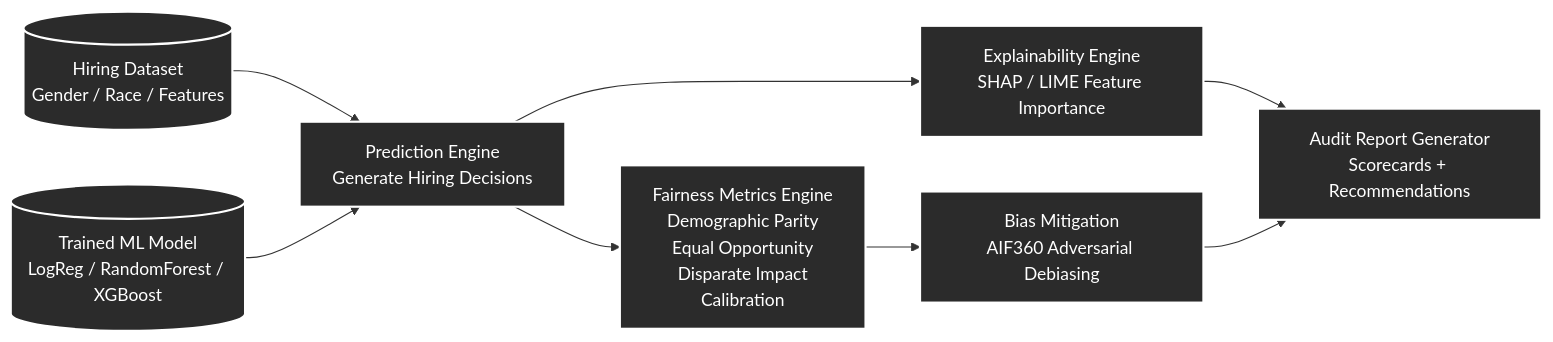
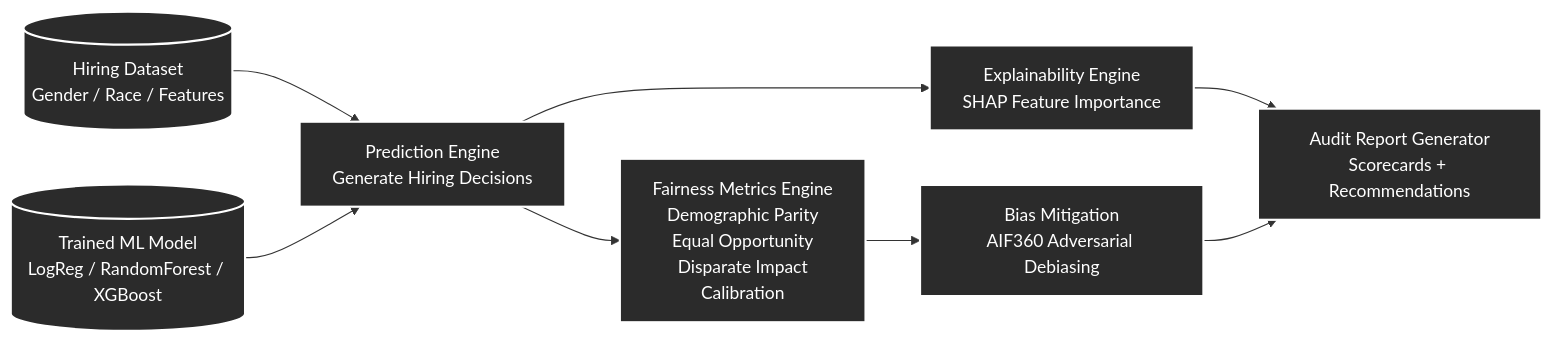
Before and after one commit to lucifer0906/bluebit: the third of 3 diagrams in README.md, drawn with Mermaid. The commit also changed other lines of this file and 1 other file, not shown here.

````diff
--- a/README.md
+++ b/README.md
@@ -171,25 +171,25 @@
 ```mermaid
 flowchart LR
 
 classDef stage fill:#2b2b2b,stroke:#ffffff,stroke-width:2px,color:#ffffff
 classDef data fill:#2b2b2b,stroke:#ffffff,stroke-width:2px,color:#ffffff
 
 Dataset[(Hiring Dataset<br/>Gender / Race / Features)]:::data
 Model[(Trained ML Model<br/>LogReg / RandomForest / XGBoost)]:::data
 
 Prediction[Prediction Engine<br/>Generate Hiring Decisions]:::stage
 Fairness[Fairness Metrics Engine<br/>Demographic Parity<br/>Equal Opportunity<br/>Disparate Impact<br/>Calibration]:::stage
-Explain[Explainability Engine<br/>SHAP / LIME Feature Importance]:::stage
+Explain[Explainability Engine<br/>SHAP Feature Importance]:::stage
 Debias[Bias Mitigation<br/>AIF360 Adversarial Debiasing]:::stage
 Report[Audit Report Generator<br/>Scorecards + Recommendations]:::stage
 
 Dataset --> Prediction
 Model --> Prediction
 
 Prediction --> Fairness
 Prediction --> Explain
 
 Fairness --> Debias
 Explain --> Report
 Debias --> Report
 ```
````
